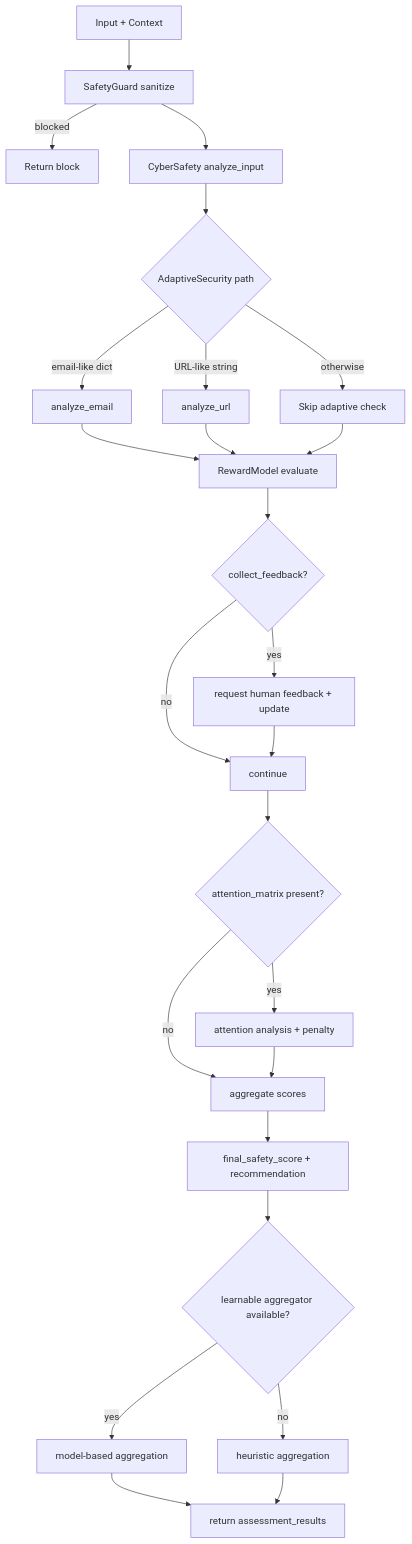
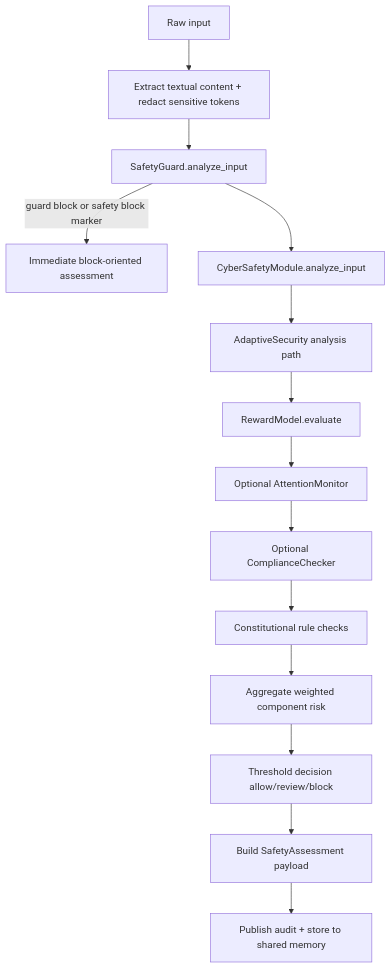
Before and after one commit to The-Outsider-97/SLAI: the second of 3 diagrams in src/agents/safety/README.md, drawn with Mermaid. The commit also changed other lines of this file, not shown here.

````diff
--- a/src/agents/safety/README.md
+++ b/src/agents/safety/README.md
@@ -54,27 +78,16 @@
 ```mermaid
 flowchart TD
-    A[Input + Context] --> B[SafetyGuard sanitize]
-    B -->|blocked| Z[Return block]
-    B --> C[CyberSafety analyze_input]
-    C --> D{AdaptiveSecurity path}
-    D -->|email-like dict| D1[analyze_email]
-    D -->|URL-like string| D2[analyze_url]
-    D -->|otherwise| E[Skip adaptive check]
-    D1 --> F[RewardModel evaluate]
-    D2 --> F
-    E --> F
-    F --> G{collect_feedback?}
-    G -->|yes| H[request human feedback + update]
-    G -->|no| I[continue]
-    H --> I
-    I --> J{attention_matrix present?}
-    J -->|yes| K[attention analysis + penalty]
-    J -->|no| L[aggregate scores]
-    K --> L
-    L --> M[final_safety_score + recommendation]
-    M --> N{learnable aggregator available?}
-    N -->|yes| O[model-based aggregation]
-    N -->|no| P[heuristic aggregation]
-    O --> Q[return assessment_results]
-    P --> Q
+    A[Raw input] --> B[Extract textual content + redact sensitive tokens]
+    B --> C[SafetyGuard.analyze_input]
+    C -->|guard block or safety block marker| X[Immediate block-oriented assessment]
+    C --> D[CyberSafetyModule.analyze_input]
+    D --> E[AdaptiveSecurity analysis path]
+    E --> F[RewardModel.evaluate]
+    F --> G[Optional AttentionMonitor]
+    G --> H[Optional ComplianceChecker]
+    H --> I[Constitutional rule checks]
+    I --> J[Aggregate weighted component risk]
+    J --> K[Threshold decision allow/review/block]
+    K --> L[Build SafetyAssessment payload]
+    L --> M[Publish audit + store to shared memory]
 ```
````
